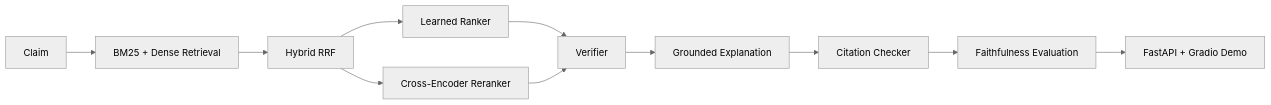
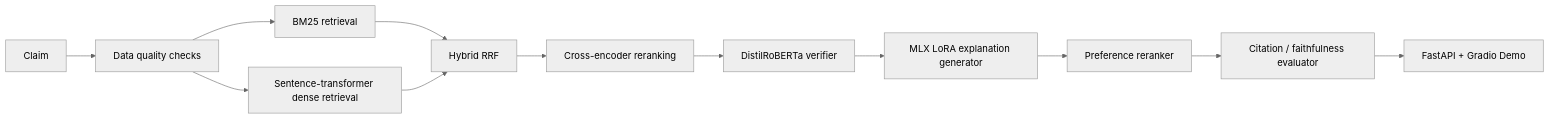
The diagram in README.md (sushildalavi/veritas), drawn with Mermaid (neutral theme) before and after one commit. The commit also changed other lines of this file and 27 other files, not shown here.

````diff
--- a/README.md
+++ b/README.md
@@ -50,13 +53,14 @@
 ```mermaid
 flowchart LR
-    A[Claim] --> B[BM25 + Dense Retrieval]
-    B --> C[Hybrid RRF]
-    C --> D[Learned Ranker]
-    C --> E[Cross-Encoder Reranker]
-    D --> F[Verifier]
-    E --> F
-    F --> G[Grounded Explanation]
-    G --> H[Citation Checker]
-    H --> I[Faithfulness Evaluation]
-    I --> J[FastAPI + Gradio Demo]
+    A[Claim] --> B[Data quality checks]
+    B --> C[BM25 retrieval]
+    B --> D[Sentence-transformer dense retrieval]
+    C --> E[Hybrid RRF]
+    D --> E
+    E --> F[Cross-encoder reranking]
+    F --> G[DistilRoBERTa verifier]
+    G --> H[MLX LoRA explanation generator]
+    H --> I[Preference reranker]
+    I --> J[Citation / faithfulness evaluator]
+    J --> K[FastAPI + Gradio Demo]
 ```
````
